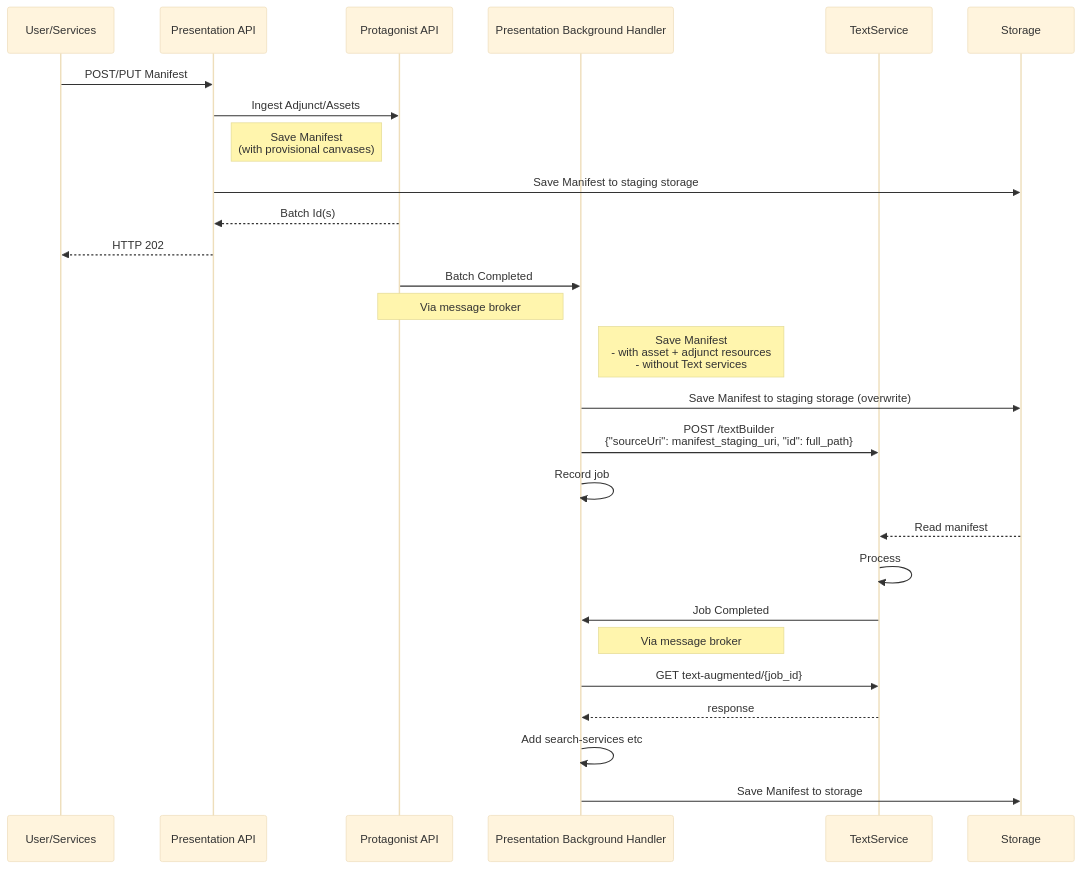
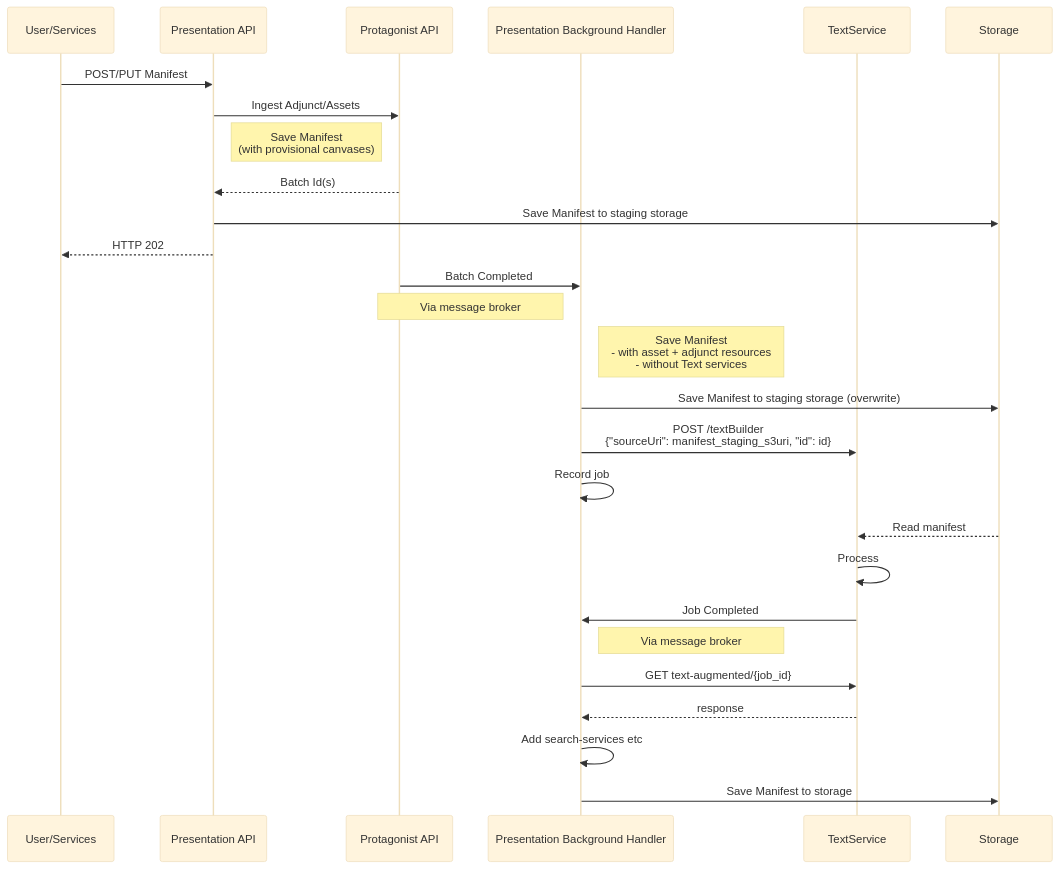
The first of 3 diagrams in docs/rfcs/0007-text-services.md (dlcs/iiif-presentation), drawn with Mermaid (base theme) before and after one commit. The commit also changed other lines of this file, not shown here.

Commit message:
Update text-services RFC after refinement

````diff
--- a/docs/rfcs/0007-text-services.md
+++ b/docs/rfcs/0007-text-services.md
@@ -126,30 +132,30 @@
 ```mermaid
 sequenceDiagram
     participant U as User/Services
     participant PA as Presentation API
     participant PR as Protagonist API
     participant PBH as Presentation Background Handler
     participant TS as TextService
     participant S3 as Storage
 
     U->>PA: POST/PUT Manifest
     PA->>PR: Ingest Adjunct/Assets
     note right of PA: Save Manifest<br>(with provisional canvases)
+    PR-->>PA: Batch Id(s)
     PA->>S3: Save Manifest to staging storage
-    PR-->>PA: Batch Id(s)
     PA-->>U: HTTP 202
     PR->>PBH: Batch Completed
     note left of PBH: Via message broker
     note right of PBH: Save Manifest<br>- with asset + adjunct resources<br>- without Text services
     PBH->>S3: Save Manifest to staging storage (overwrite)
-    PBH->>TS: POST /textBuilder<br> {"sourceUri": manifest_staging_uri, "id": full_path}
+    PBH->>TS: POST /textBuilder<br> {"sourceUri": manifest_staging_s3uri, "id": id}
     PBH->>PBH: Record job
     S3-->>TS: Read manifest
     TS->>TS: Process
     TS->>PBH: Job Completed
     note right of PBH: Via message broker
     PBH->>TS: GET text-augmented/{job_id}
     TS-->>PBH: response
     PBH->>PBH: Add search-services etc
     PBH->>S3: Save Manifest to storage
 ```
````
